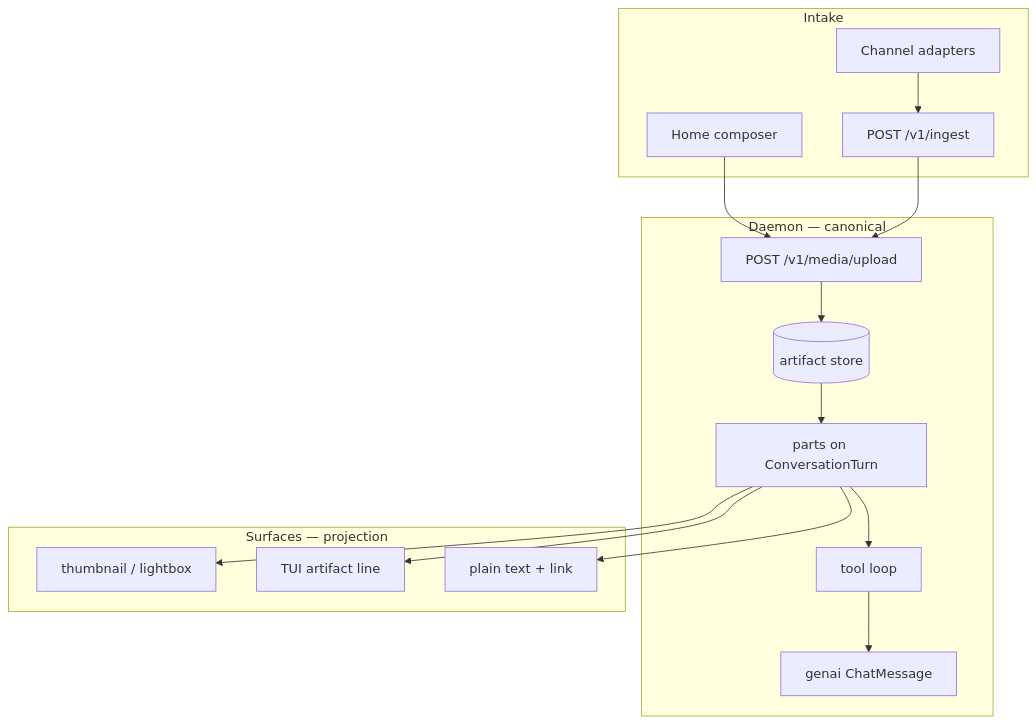
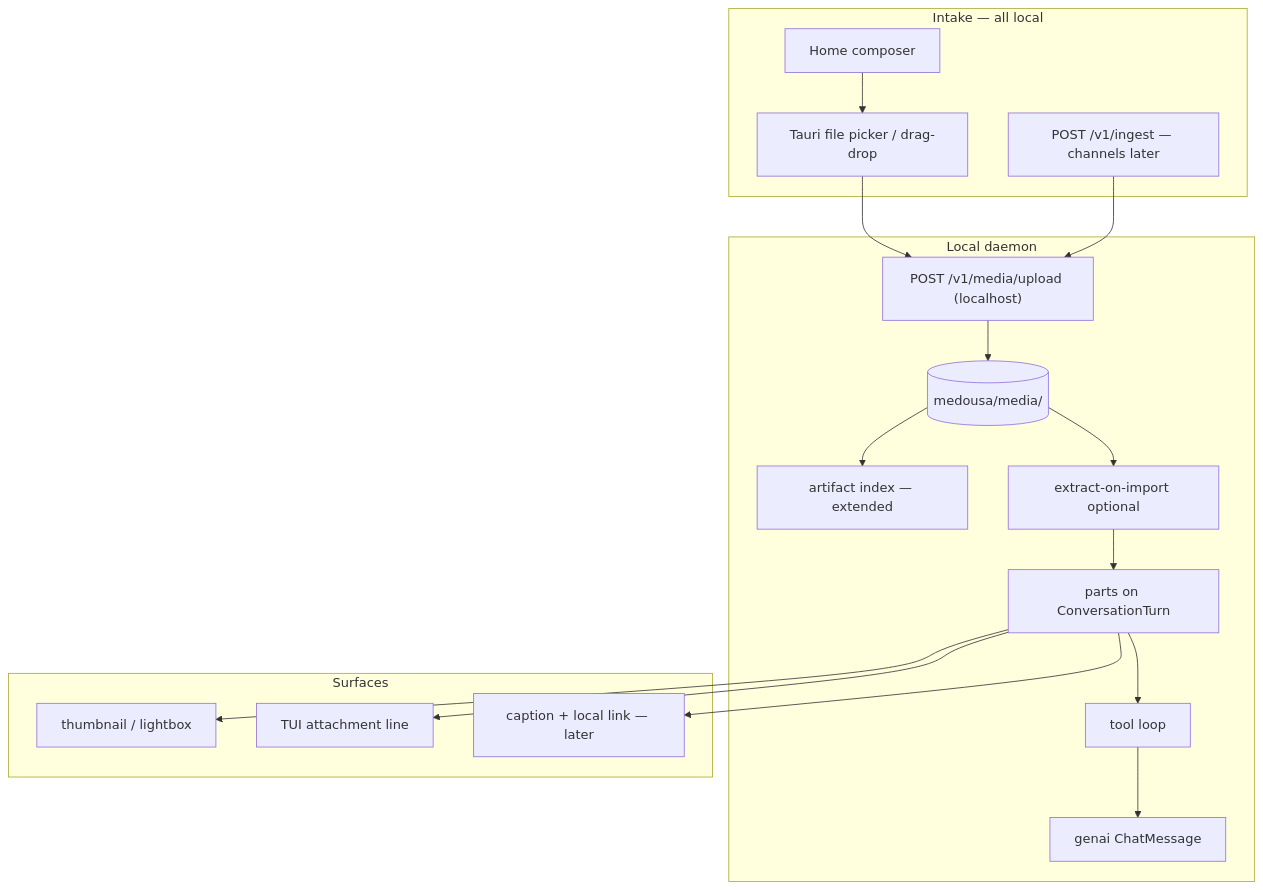
Before and after one commit to EntasisLabs/Medousa: the diagram in architecture/media-and-attachments-plan.md, drawn with Mermaid. The commit also changed other lines of this file and 35 other files, not shown here.

````diff
--- a/architecture/media-and-attachments-plan.md
+++ b/architecture/media-and-attachments-plan.md
@@ -24,33 +38,37 @@
 ```mermaid
 flowchart TB
-  subgraph intake [Intake]
+  subgraph intake [Intake — all local]
     Home[Home composer]
-    TG[Channel adapters]
-    Ingest[POST /v1/ingest]
+    Tauri[Tauri file picker / drag-drop]
+    Ingest[POST /v1/ingest — channels later]
   end
 
-  subgraph daemon [Daemon — canonical]
-    Upload[POST /v1/media/upload]
-    ArtStore[(artifact store)]
+  subgraph daemon [Local daemon]
+    Upload["POST /v1/media/upload (localhost)"]
+    MediaDir[(medousa/media/)]
+    Index[artifact index — extended]
     Parts[parts on ConversationTurn]
+    Extract[extract-on-import optional]
     ToolLoop[tool loop]
     LLM[genai ChatMessage]
   end
 
-  subgraph surfaces [Surfaces — projection]
+  subgraph surfaces [Surfaces]
     HomeUI[thumbnail / lightbox]
-    TUI[TUI artifact line]
-    Channels[plain text + link]
+    TUI[TUI attachment line]
+    Channels[caption + local link — later]
   end
 
-  Home --> Upload
-  TG --> Ingest
-  Upload --> ArtStore
+  Home --> Tauri
+  Tauri --> Upload
+  Upload --> MediaDir
+  MediaDir --> Index
   Ingest --> Upload
-  ArtStore --> Parts
+  MediaDir --> Extract
+  Extract --> Parts
   Parts --> ToolLoop
   ToolLoop --> LLM
   Parts --> HomeUI
   Parts --> TUI
   Parts --> Channels
 ```
````
